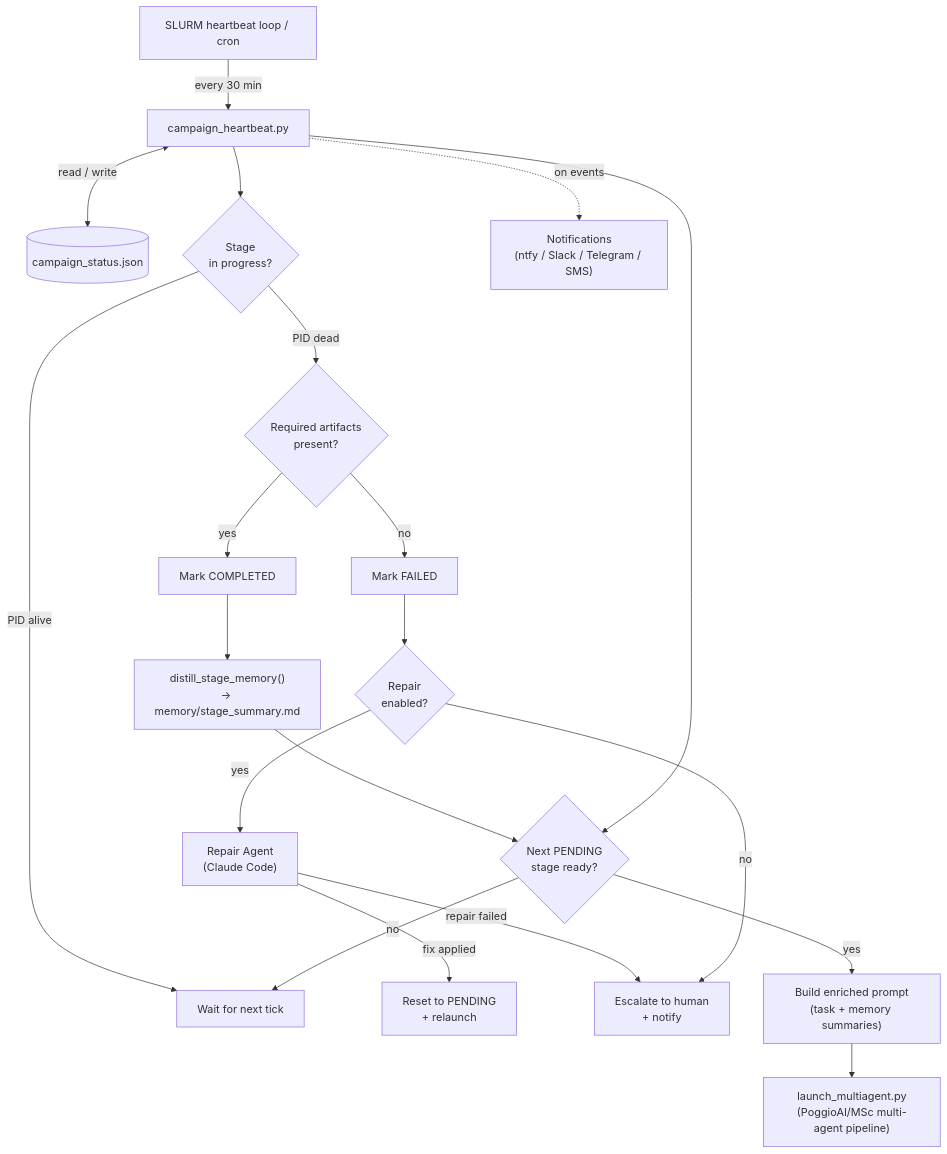
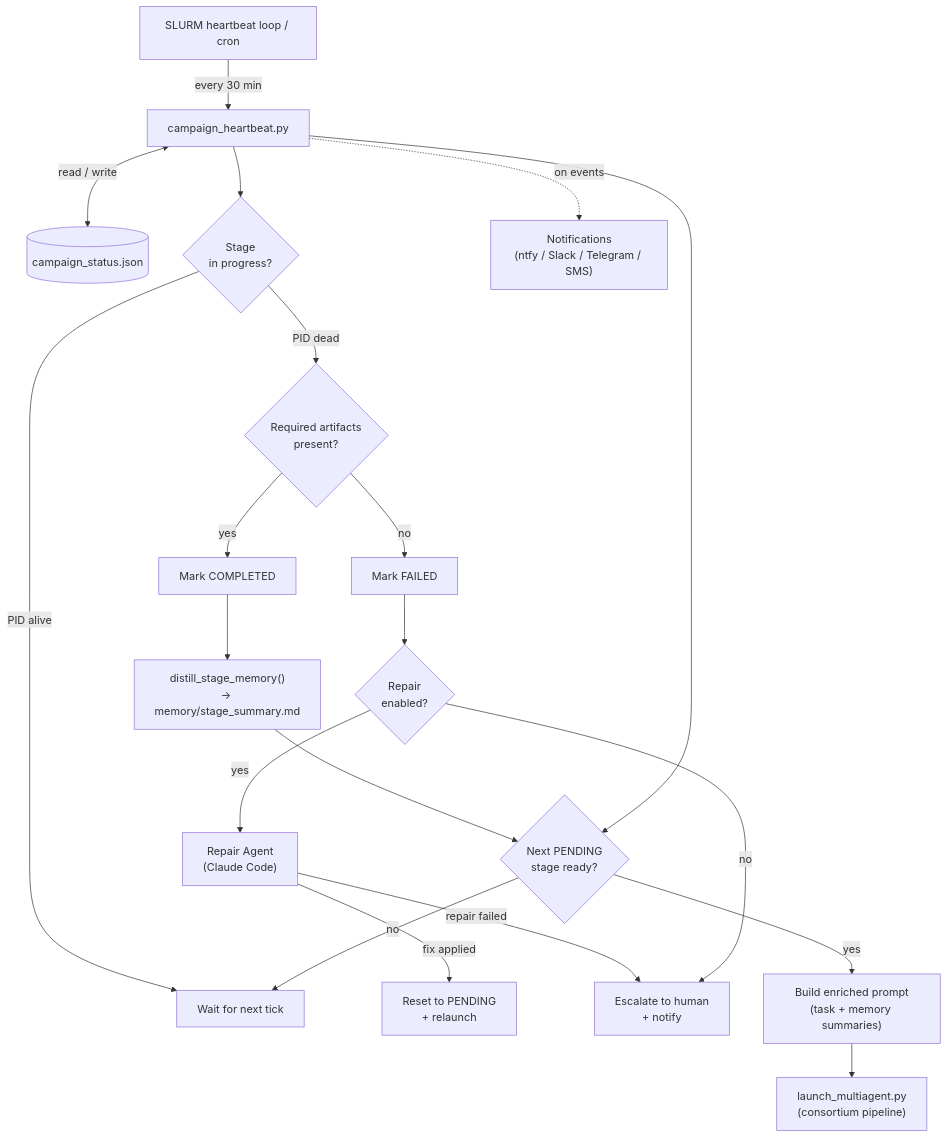
Before and after one commit to andreb999999/pAI-physics: the second of 5 diagrams in README.md, drawn with Mermaid. The commit also changed other lines of this file, not shown here.

First line of the commit message:
Update README to match actual codebase: pipeline diagram, agents, CLI flags

````diff
--- a/README.md
+++ b/README.md
@@ -631,27 +658,27 @@
 ```mermaid
 flowchart TD
     scheduler["SLURM heartbeat loop / cron"] -->|"every 30 min"| heartbeat["campaign_heartbeat.py"]
     heartbeat <-->|"read / write"| statusFile[("campaign_status.json")]
 
     heartbeat --> checkStage{"Stage\nin progress?"}
     checkStage -->|"PID alive"| wait["Wait for next tick"]
     checkStage -->|"PID dead"| checkArtifacts{"Required artifacts\npresent?"}
 
     checkArtifacts -->|"yes"| markComplete["Mark COMPLETED"]
     markComplete --> distill["distill_stage_memory()\n→ memory/stage_summary.md"]
     distill --> launchNext
 
     checkArtifacts -->|"no"| markFailed["Mark FAILED"]
     markFailed --> repairCheck{"Repair\nenabled?"}
     repairCheck -->|"yes"| repair["Repair Agent\n(Claude Code)"]
     repair -->|"fix applied"| relaunch["Reset to PENDING\n+ relaunch"]
     repair -->|"repair failed"| escalate["Escalate to human\n+ notify"]
     repairCheck -->|"no"| escalate
 
     heartbeat --> launchNext{"Next PENDING\nstage ready?"}
     launchNext -->|"yes"| buildPrompt["Build enriched prompt\n(task + memory summaries)"]
-    buildPrompt --> launch["launch_multiagent.py\n(PoggioAI/MSc multi-agent pipeline)"]
+    buildPrompt --> launch["launch_multiagent.py\n(consortium pipeline)"]
     launchNext -->|"no"| wait
 
     heartbeat -.->|"on events"| notify["Notifications\n(ntfy / Slack / Telegram / SMS)"]
 ```
````
